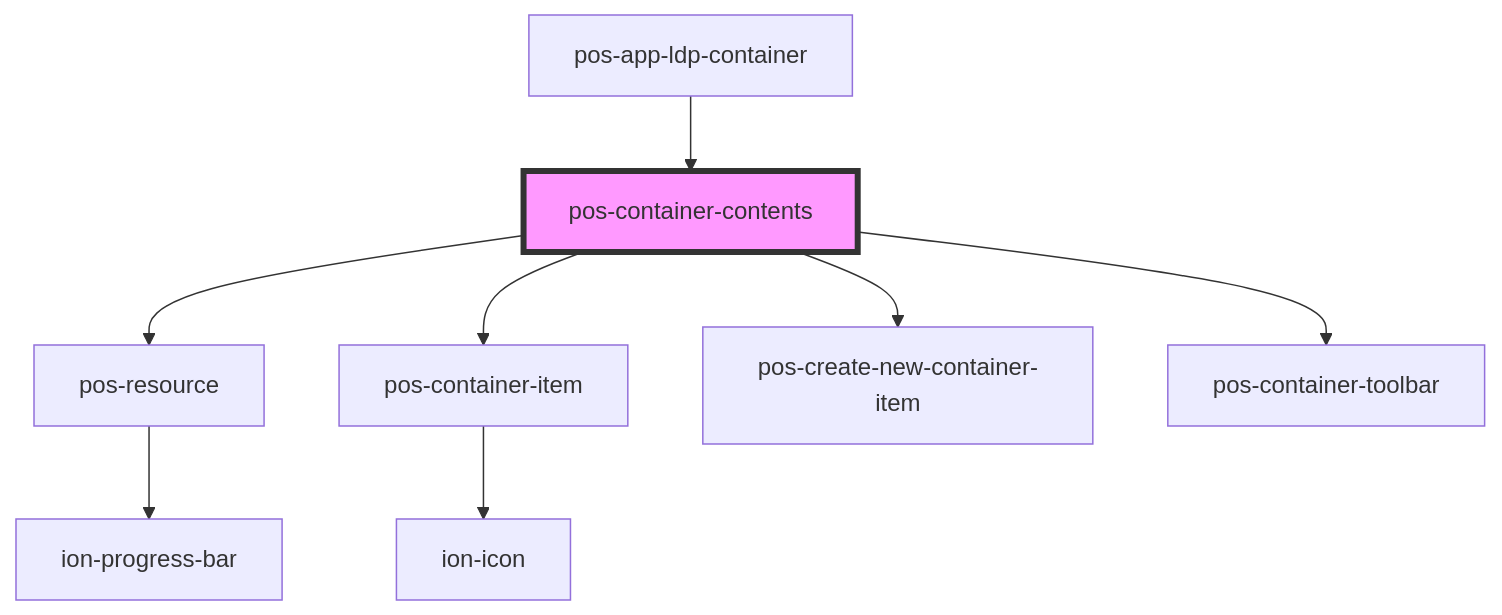
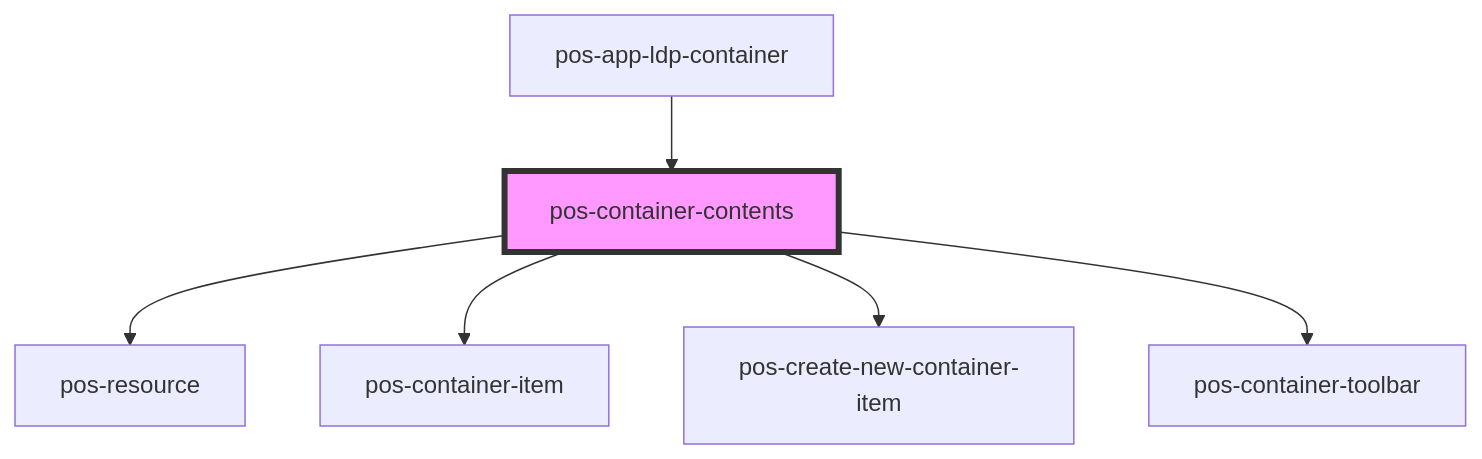
The diagram in docs/elements/components/pos-container-contents/readme.md (pod-os/PodOS), drawn with Mermaid before and after one commit. The commit also changed 31 other files, not shown here.

````diff
--- a/docs/elements/components/pos-container-contents/readme.md
+++ b/docs/elements/components/pos-container-contents/readme.md
@@ -27,11 +27,9 @@
 ```mermaid
 graph TD;
   pos-container-contents --> pos-resource
   pos-container-contents --> pos-container-item
   pos-container-contents --> pos-create-new-container-item
   pos-container-contents --> pos-container-toolbar
-  pos-resource --> ion-progress-bar
-  pos-container-item --> ion-icon
   pos-app-ldp-container --> pos-container-contents
   style pos-container-contents fill:#f9f,stroke:#333,stroke-width:4px
 ```
````
